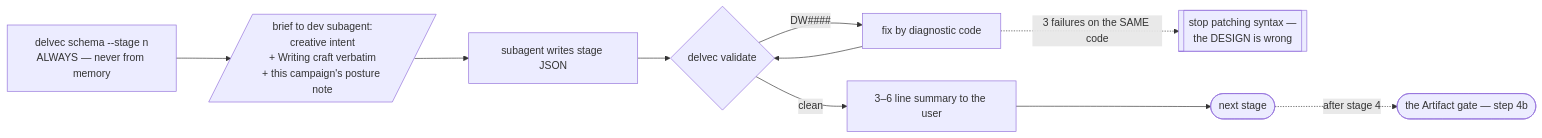
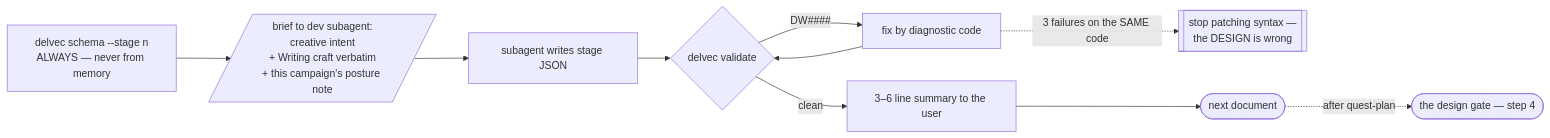
One commit to stellarfeline/delvewright changed the second of 3 diagrams in docs/reference/skill-workflow.md. Above: the diagram before and after it, drawn with Mermaid. The commit also changed other lines of this file and 1 other file, not shown here.

````diff
--- a/docs/reference/skill-workflow.md
+++ b/docs/reference/skill-workflow.md
@@ -75,12 +111,12 @@
 ```mermaid
 flowchart LR
     SC["delvec schema --stage n<br/>ALWAYS — never from memory"] --> D[/"brief to dev subagent:<br/>creative intent<br/>+ Writing craft verbatim<br/>+ this campaign's posture note"/]
     D --> W[subagent writes stage JSON]
     W --> V{"delvec validate"}
     V -->|"DW####"| F[fix by diagnostic code]
     F --> V
     V -->|clean| SUM[3–6 line summary to the user]
     F -.->|3 failures on the SAME code| TH[[stop patching syntax —<br/>the DESIGN is wrong]]
-    SUM --> NEXT([next stage])
-    NEXT -.after stage 4.-> GATE([the Artifact gate — step 4b])
+    SUM --> NEXT([next document])
+    NEXT -.after quest-plan.-> GATE([the design gate — step 4])
 ```
````
